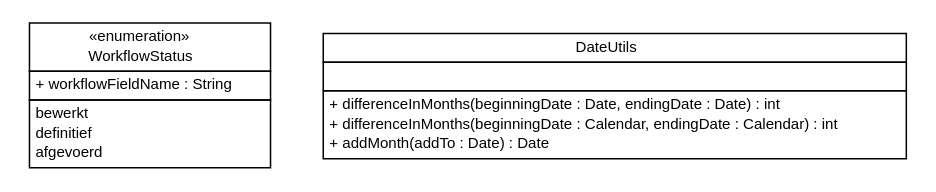
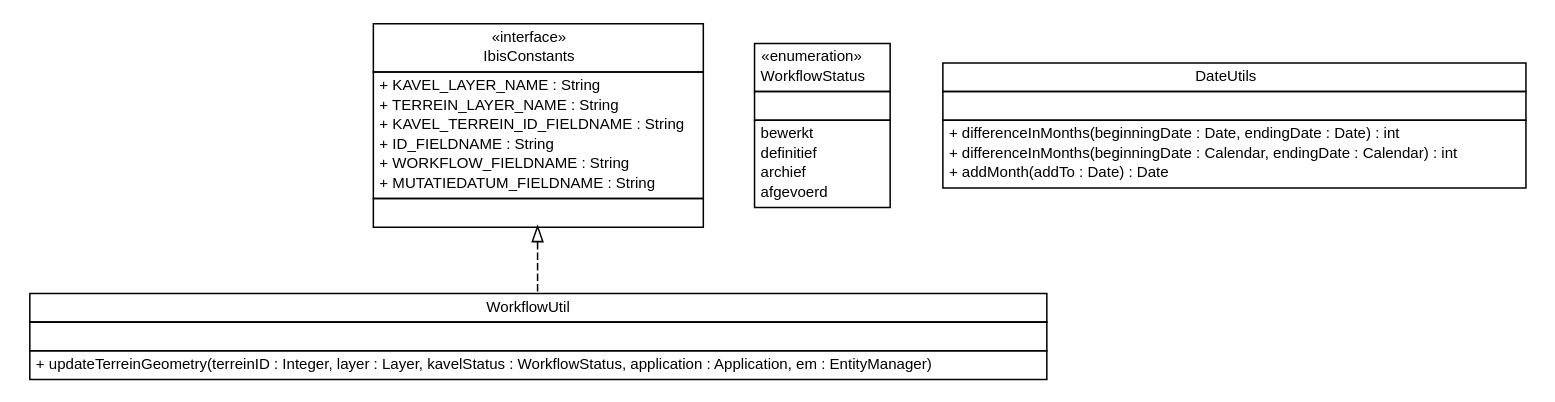
One commit to B3Partners/flamingo-ibis changed the diagram in ibis-viewer/apidocs/nl/b3p/viewer/ibis/util/nl.b3p.viewer.ibis.util.dot. Above: the diagram before and after it, drawn with Graphviz. The commit also changed 137 other files, not shown here.

```diff
--- a/ibis-viewer/apidocs/nl/b3p/viewer/ibis/util/nl.b3p.viewer.ibis.util.dot
+++ b/ibis-viewer/apidocs/nl/b3p/viewer/ibis/util/nl.b3p.viewer.ibis.util.dot
@@ -1,41 +1,74 @@
 #!/usr/local/bin/dot
 #
 # Class diagram 
 # Generated by UMLGraph version R5_6-24-gf6e263 (http://www.umlgraph.org/)
 #
 
 digraph G {
 	edge [fontname="Helvetica",fontsize=10,labelfontname="Helvetica",labelfontsize=10];
 	node [fontname="Helvetica",fontsize=10,shape=plaintext];
 	nodesep=0.25;
 	ranksep=0.5;
+	// nl.b3p.viewer.ibis.util.WorkflowUtil
+	c0 [label=<<table title="nl.b3p.viewer.ibis.util.WorkflowUtil" border="0" cellborder="1" cellspacing="0" cellpadding="2" port="p" href="./WorkflowUtil.html">
+		<tr><td><table border="0" cellspacing="0" cellpadding="1">
+<tr><td align="center" balign="center"> WorkflowUtil </td></tr>
+		</table></td></tr>
+		<tr><td><table border="0" cellspacing="0" cellpadding="1">
+<tr><td align="left" balign="left">  </td></tr>
+		</table></td></tr>
+		<tr><td><table border="0" cellspacing="0" cellpadding="1">
+<tr><td align="left" balign="left"> + updateTerreinGeometry(terreinID : Integer, layer : Layer, kavelStatus : WorkflowStatus, application : Application, em : EntityManager) </td></tr>
+		</table></td></tr>
+		</table>>, URL="./WorkflowUtil.html", fontname="Helvetica", fontcolor="black", fontsize=10.0];
+	// nl.b3p.viewer.ibis.util.IbisConstants
+	c1 [label=<<table title="nl.b3p.viewer.ibis.util.IbisConstants" border="0" cellborder="1" cellspacing="0" cellpadding="2" port="p" href="./IbisConstants.html">
+		<tr><td><table border="0" cellspacing="0" cellpadding="1">
+<tr><td align="center" balign="center"> &#171;interface&#187; </td></tr>
+<tr><td align="center" balign="center"> IbisConstants </td></tr>
+		</table></td></tr>
+		<tr><td><table border="0" cellspacing="0" cellpadding="1">
+<tr><td align="left" balign="left"> + KAVEL_LAYER_NAME : String </td></tr>
+<tr><td align="left" balign="left"> + TERREIN_LAYER_NAME : String </td></tr>
+<tr><td align="left" balign="left"> + KAVEL_TERREIN_ID_FIELDNAME : String </td></tr>
+<tr><td align="left" balign="left"> + ID_FIELDNAME : String </td></tr>
+<tr><td align="left" balign="left"> + WORKFLOW_FIELDNAME : String </td></tr>
+<tr><td align="left" balign="left"> + MUTATIEDATUM_FIELDNAME : String </td></tr>
+		</table></td></tr>
+		<tr><td><table border="0" cellspacing="0" cellpadding="1">
+<tr><td align="left" balign="left">  </td></tr>
+		</table></td></tr>
+		</table>>, URL="./IbisConstants.html", fontname="Helvetica", fontcolor="black", fontsize=10.0];
 	// nl.b3p.viewer.ibis.util.WorkflowStatus
-	c0 [label=<<table title="nl.b3p.viewer.ibis.util.WorkflowStatus" border="0" cellborder="1" cellspacing="0" cellpadding="2" port="p" href="./WorkflowStatus.html">
+	c2 [label=<<table title="nl.b3p.viewer.ibis.util.WorkflowStatus" border="0" cellborder="1" cellspacing="0" cellpadding="2" port="p" href="./WorkflowStatus.html">
 		<tr><td><table border="0" cellspacing="0" cellpadding="1">
 <tr><td align="center" balign="center"> &#171;enumeration&#187; </td></tr>
 <tr><td align="center" balign="center"> WorkflowStatus </td></tr>
 		</table></td></tr>
 		<tr><td><table border="0" cellspacing="0" cellpadding="1">
-<tr><td align="left" balign="left"> + workflowFieldName : String </td></tr>
+<tr><td align="left" balign="left">  </td></tr>
 		</table></td></tr>
 		<tr><td><table border="0" cellspacing="0" cellpadding="1">
 <tr><td align="left" balign="left"> bewerkt </td></tr>
 <tr><td align="left" balign="left"> definitief </td></tr>
+<tr><td align="left" balign="left"> archief </td></tr>
 <tr><td align="left" balign="left"> afgevoerd </td></tr>
 		</table></td></tr>
 		</table>>, URL="./WorkflowStatus.html", fontname="Helvetica", fontcolor="black", fontsize=10.0];
 	// nl.b3p.viewer.ibis.util.DateUtils
-	c1 [label=<<table title="nl.b3p.viewer.ibis.util.DateUtils" border="0" cellborder="1" cellspacing="0" cellpadding="2" port="p" href="./DateUtils.html">
+	c3 [label=<<table title="nl.b3p.viewer.ibis.util.DateUtils" border="0" cellborder="1" cellspacing="0" cellpadding="2" port="p" href="./DateUtils.html">
 		<tr><td><table border="0" cellspacing="0" cellpadding="1">
 <tr><td align="center" balign="center"> DateUtils </td></tr>
 		</table></td></tr>
 		<tr><td><table border="0" cellspacing="0" cellpadding="1">
 <tr><td align="left" balign="left">  </td></tr>
 		</table></td></tr>
 		<tr><td><table border="0" cellspacing="0" cellpadding="1">
 <tr><td align="left" balign="left"> + differenceInMonths(beginningDate : Date, endingDate : Date) : int </td></tr>
 <tr><td align="left" balign="left"> + differenceInMonths(beginningDate : Calendar, endingDate : Calendar) : int </td></tr>
 <tr><td align="left" balign="left"> + addMonth(addTo : Date) : Date </td></tr>
 		</table></td></tr>
 		</table>>, URL="./DateUtils.html", fontname="Helvetica", fontcolor="black", fontsize=10.0];
+	//nl.b3p.viewer.ibis.util.WorkflowUtil implements nl.b3p.viewer.ibis.util.IbisConstants
+	c1:p -> c0:p [dir=back,arrowtail=empty,style=dashed];
 }
```
